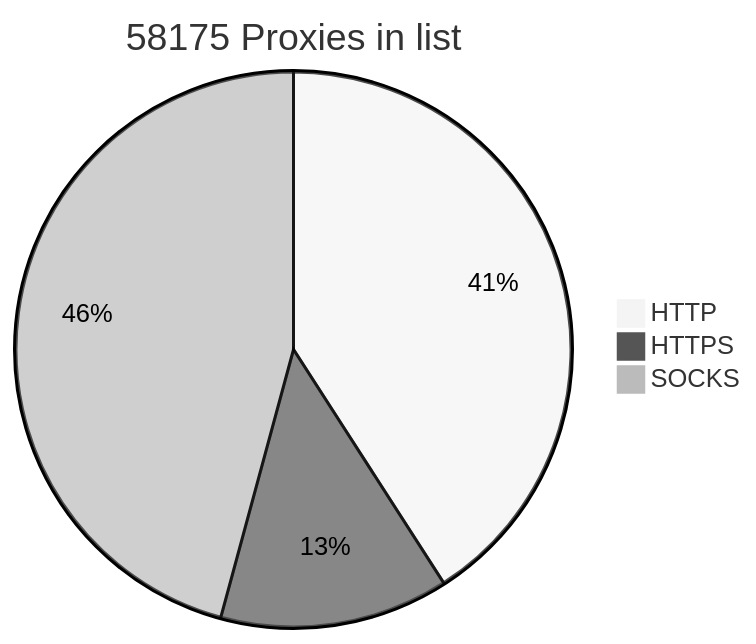
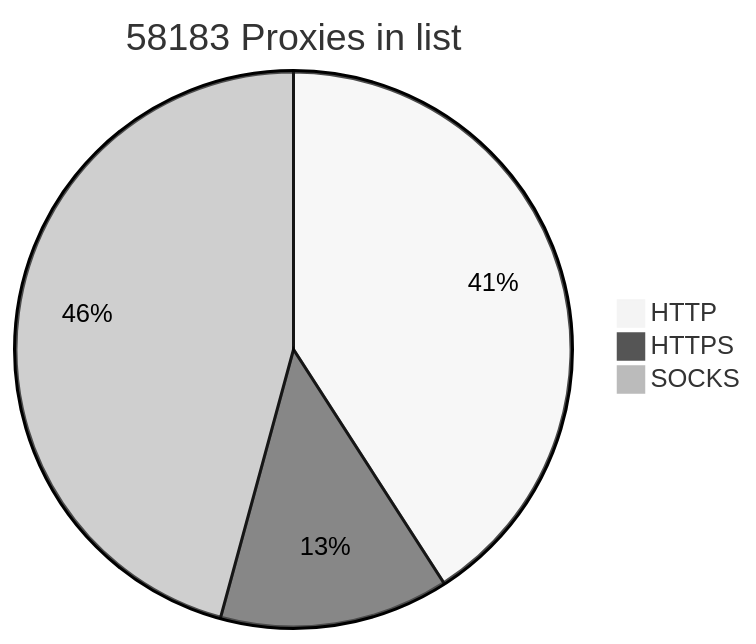
One commit to BlackSnowDot/proxylist-update-every-minute changed the diagram in README.md. Above: the diagram before and after it, drawn with Mermaid (neutral theme).

````diff
--- a/README.md
+++ b/README.md
@@ -2,6 +2,6 @@
 ```mermaid
-pie title 58175 Proxies in list
+pie title 58183 Proxies in list
     "HTTP" : 26810
-    "HTTPS": 8731
+    "HTTPS": 8741
     "SOCKS" : 30008
 ```
````
